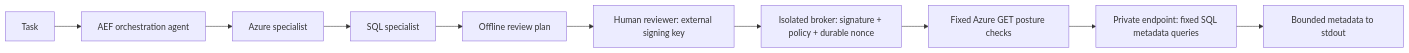
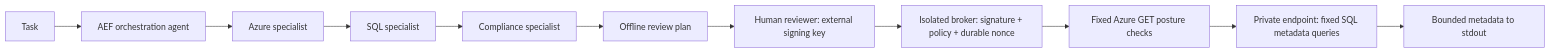
The diagram in README.md (AndrewGoodson/sqliq), drawn with Mermaid before and after one commit. The commit also changed other lines of this file and 70 other files, not shown here.

Commit message:
Add compliance agent, complete STIG inventory and offline HTML reviews

````diff
--- a/README.md
+++ b/README.md
@@ -34,12 +51,13 @@
 ```mermaid
 flowchart LR
   Task --> Orchestrator[AEF orchestration agent]
   Orchestrator --> Azure[Azure specialist]
   Azure --> SQL[SQL specialist]
-  SQL --> Plan[Offline review plan]
+  SQL --> Compliance[Compliance specialist]
+  Compliance --> Plan[Offline review plan]
   Plan --> Human[Human reviewer: external signing key]
   Human --> Broker[Isolated broker: signature + policy + durable nonce]
   Broker --> ARM[Fixed Azure GET posture checks]
   ARM --> DB[Private endpoint: fixed SQL metadata queries]
   DB --> Result[Bounded metadata to stdout]
 ```
````
